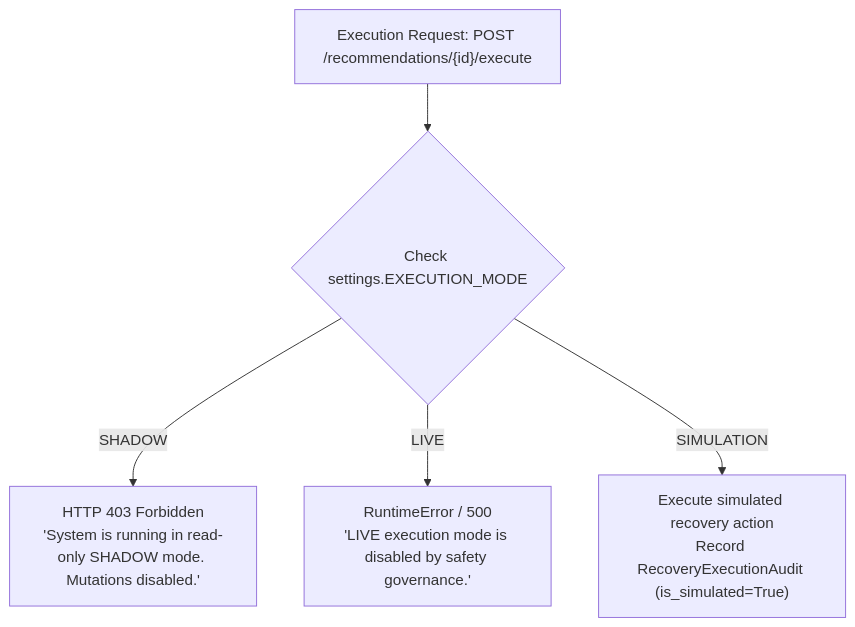
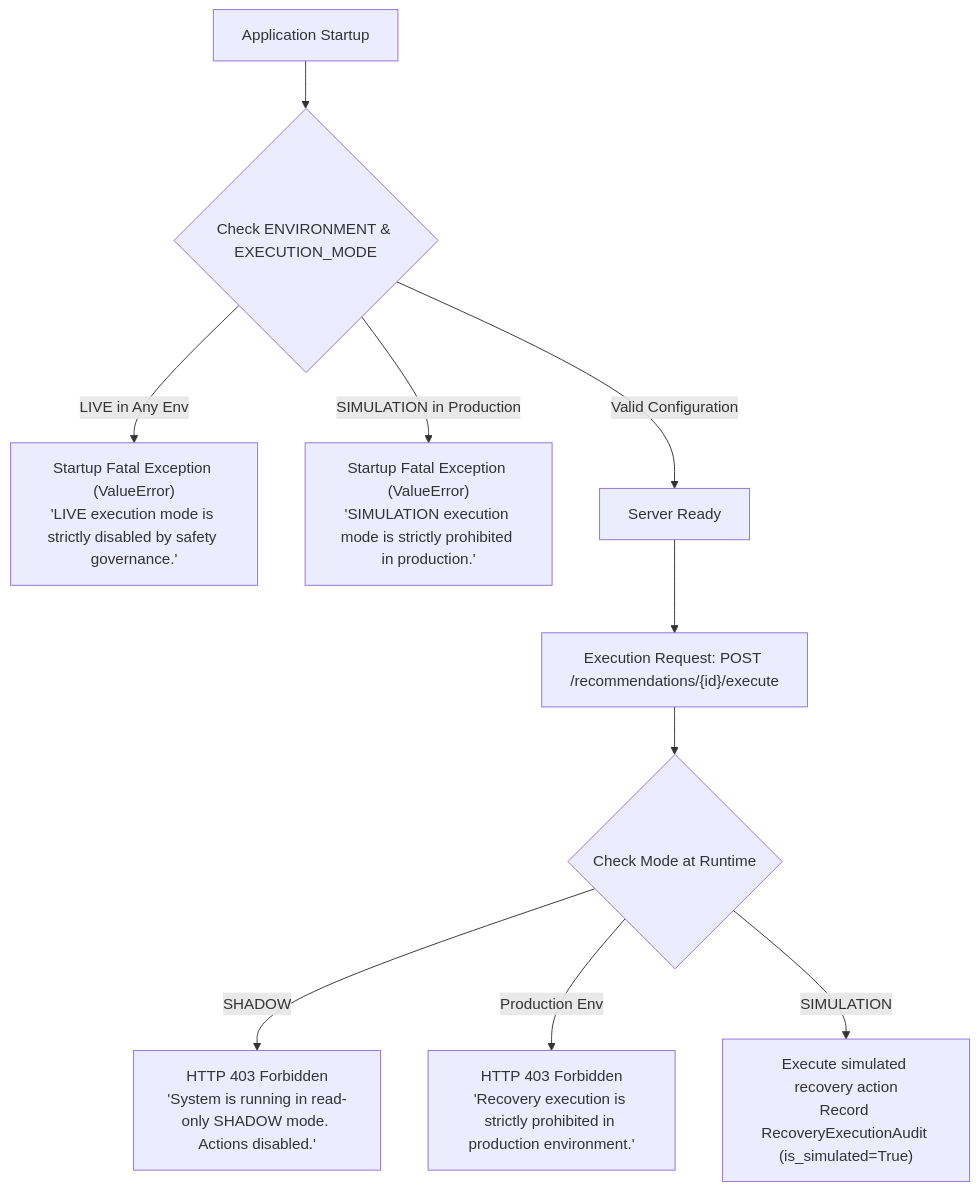
The second of 2 diagrams in docs/security_and_authorization_review.md (Gnanendhra28/Swiggy-ResolveAI), drawn with Mermaid before and after one commit. The commit also changed other lines of this file and 15 other files, not shown here.

````diff
--- a/docs/security_and_authorization_review.md
+++ b/docs/security_and_authorization_review.md
@@ -92,8 +105,13 @@
 ```mermaid
 flowchart TD
-    ExecReq["Execution Request: POST /recommendations/{id}/execute"] --> CheckMode{"Check settings.EXECUTION_MODE"}
+    Startup["Application Startup"] --> CheckEnv{"Check ENVIRONMENT & EXECUTION_MODE"}
+    CheckEnv -- "LIVE in Any Env" --> FatalStartup1["Startup Fatal Exception (ValueError)\n'LIVE execution mode is strictly disabled by safety governance.'"]
+    CheckEnv -- "SIMULATION in Production" --> FatalStartup2["Startup Fatal Exception (ValueError)\n'SIMULATION execution mode is strictly prohibited in production.'"]
+    CheckEnv -- "Valid Configuration" --> Ready["Server Ready"]
     
-    CheckMode -- "SHADOW" --> ShadowReject["HTTP 403 Forbidden\n'System is running in read-only SHADOW mode. Mutations disabled.'"]
-    CheckMode -- "LIVE" --> LiveReject["RuntimeError / 500\n'LIVE execution mode is disabled by safety governance.'"]
-    CheckMode -- "SIMULATION" --> SimExec["Execute simulated recovery action\nRecord RecoveryExecutionAudit (is_simulated=True)"]
+    Ready --> ExecReq["Execution Request: POST /recommendations/{id}/execute"]
+    ExecReq --> CheckRuntime{"Check Mode at Runtime"}
+    CheckRuntime -- "SHADOW" --> ShadowReject["HTTP 403 Forbidden\n'System is running in read-only SHADOW mode. Actions disabled.'"]
+    CheckRuntime -- "Production Env" --> ProdReject["HTTP 403 Forbidden\n'Recovery execution is strictly prohibited in production environment.'"]
+    CheckRuntime -- "SIMULATION" --> SimExec["Execute simulated recovery action\nRecord RecoveryExecutionAudit (is_simulated=True)"]
 ```
````
